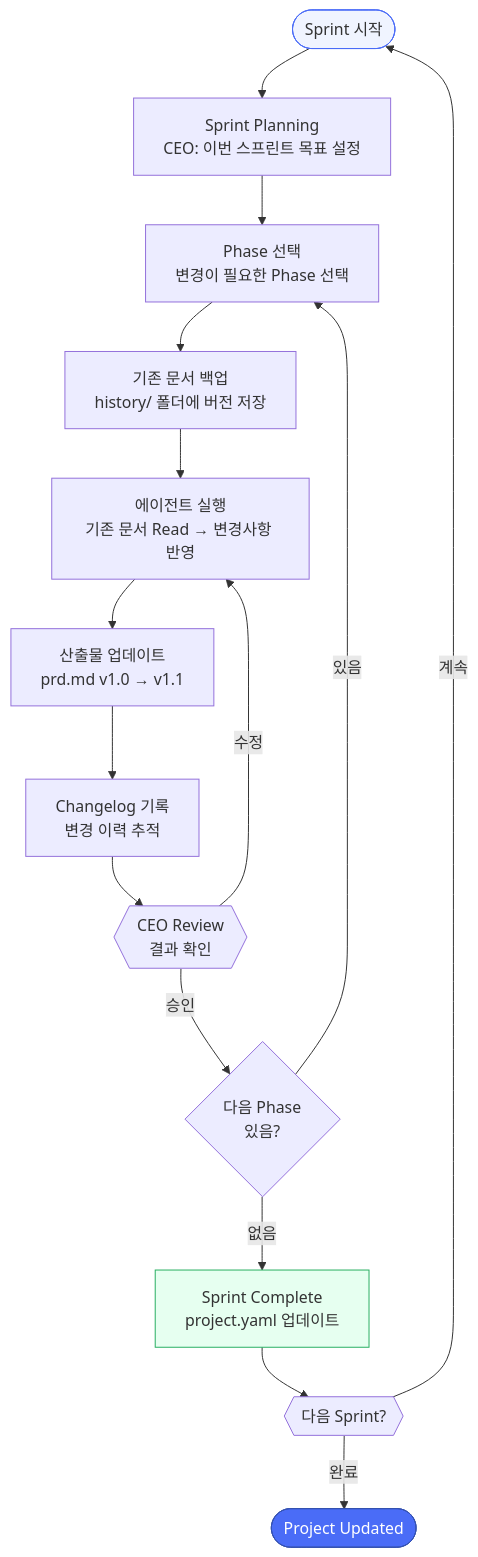
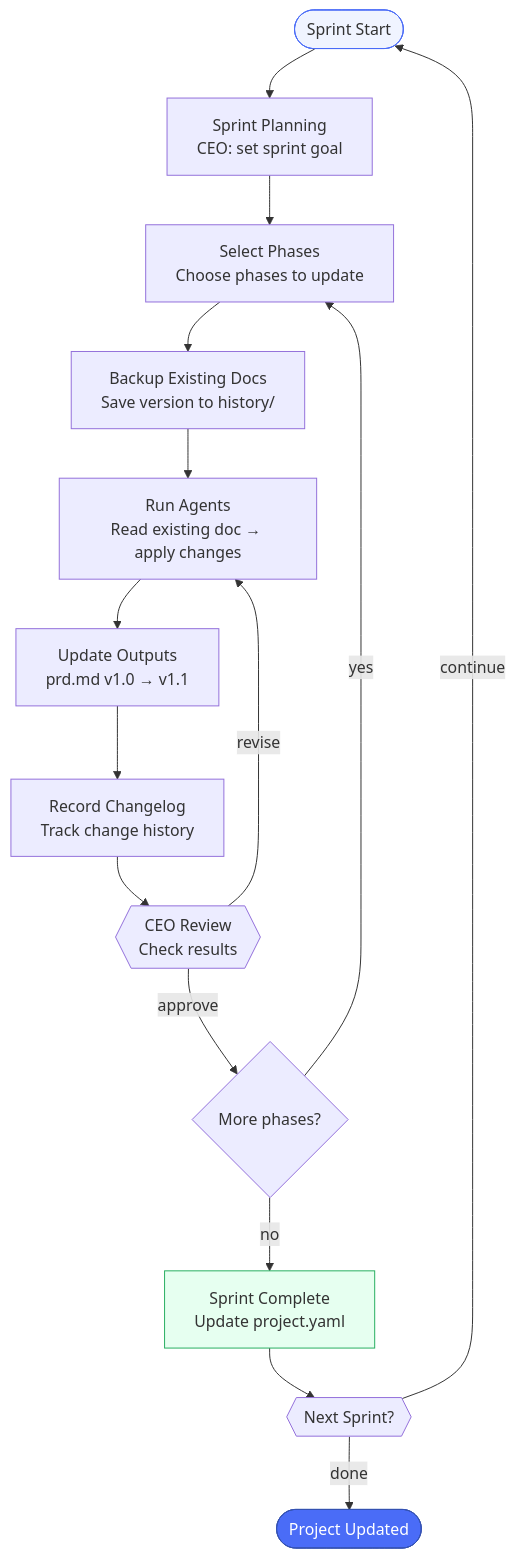
The sixth of 6 diagrams in plugins/business-avengers/README.md (JayKim88/claude-ai-engineering), drawn with Mermaid before and after one commit. The commit also changed other lines of this file and 22 other files, not shown here.

````diff
--- a/plugins/business-avengers/README.md
+++ b/plugins/business-avengers/README.md
@@ -410,24 +410,24 @@
 ```mermaid
 flowchart TD
-    A([Sprint 시작]) --> B["Sprint Planning<br/>CEO: 이번 스프린트 목표 설정"]
-    B --> C["Phase 선택<br/>변경이 필요한 Phase 선택"]
-    C --> D["기존 문서 백업<br/>history/ 폴더에 버전 저장"]
-    D --> E["에이전트 실행<br/>기존 문서 Read → 변경사항 반영"]
-    E --> F["산출물 업데이트<br/>prd.md v1.0 → v1.1"]
-    F --> G["Changelog 기록<br/>변경 이력 추적"]
-    G --> H{{"CEO Review<br/>결과 확인"}}
+    A([Sprint Start]) --> B["Sprint Planning<br/>CEO: set sprint goal"]
+    B --> C["Select Phases<br/>Choose phases to update"]
+    C --> D["Backup Existing Docs<br/>Save version to history/"]
+    D --> E["Run Agents<br/>Read existing doc → apply changes"]
+    E --> F["Update Outputs<br/>prd.md v1.0 → v1.1"]
+    F --> G["Record Changelog<br/>Track change history"]
+    G --> H{{"CEO Review<br/>Check results"}}
 
-    H -->|"승인"| I{"다음 Phase<br/>있음?"}
-    H -->|"수정"| E
+    H -->|"approve"| I{"More phases?"}
+    H -->|"revise"| E
 
-    I -->|"있음"| C
-    I -->|"없음"| J["Sprint Complete<br/>project.yaml 업데이트"]
+    I -->|"yes"| C
+    I -->|"no"| J["Sprint Complete<br/>Update project.yaml"]
 
-    J --> K{{"다음 Sprint?"}}
-    K -->|"계속"| A
-    K -->|"완료"| L(["Project Updated"])
+    J --> K{{"Next Sprint?"}}
+    K -->|"continue"| A
+    K -->|"done"| L(["Project Updated"])
 
     style A fill:#f0f4ff,stroke:#4a6cf7
     style J fill:#e6fff0,stroke:#27ae60
     style L fill:#4a6cf7,color:#fff,stroke:#3451b2
 ```
````
